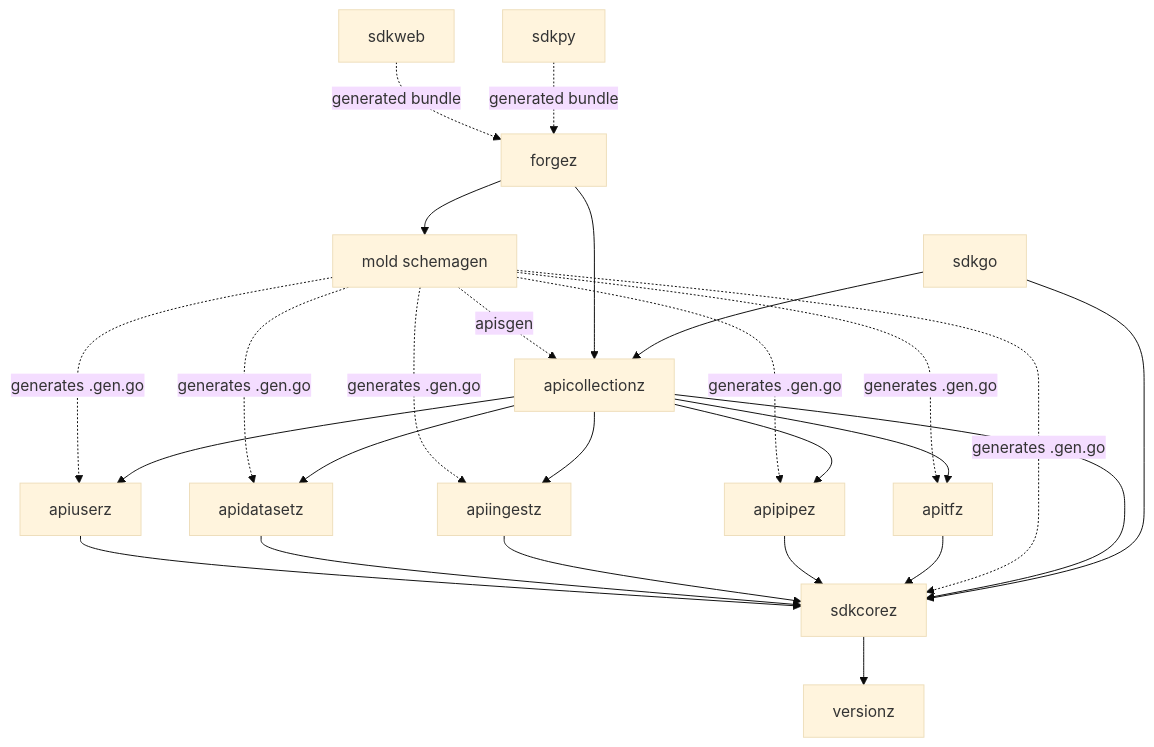
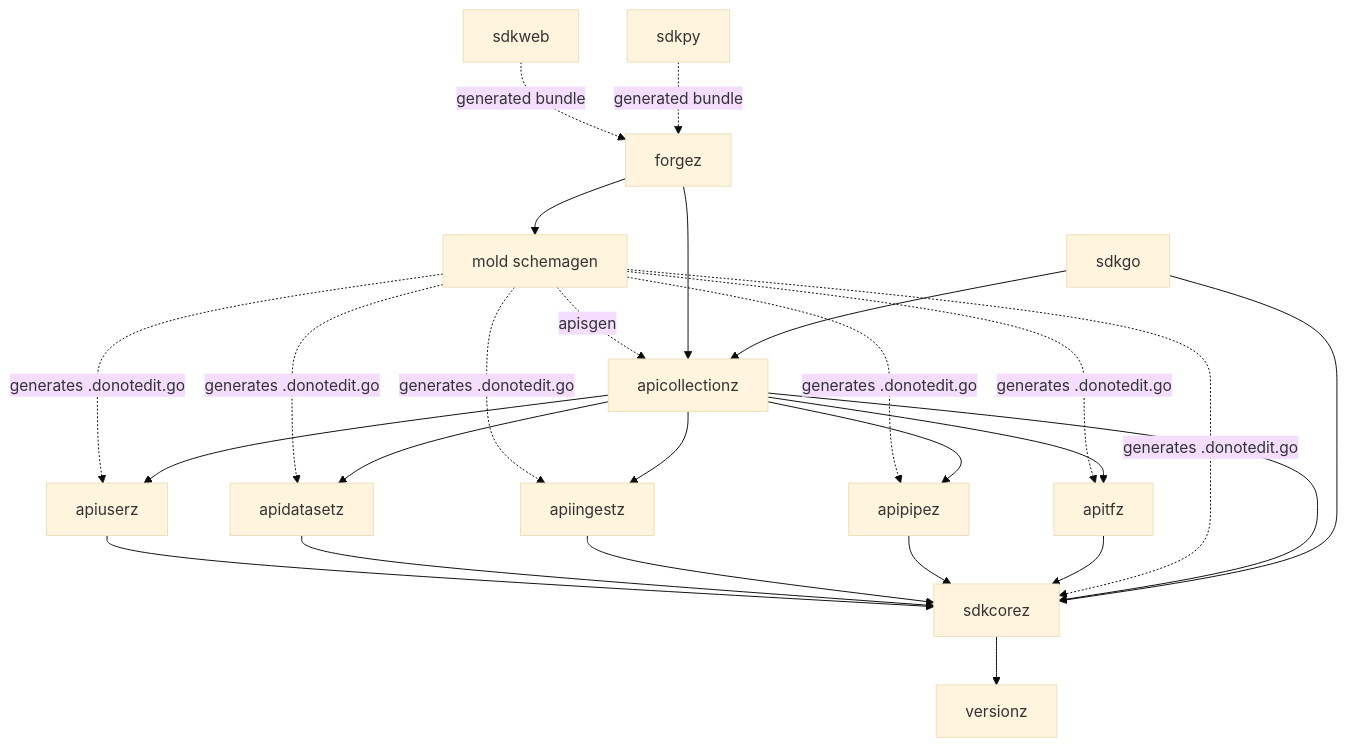
Before and after one commit to infinity6-ai/i6sdk: the diagram in README.md, drawn with Mermaid (base theme). The commit also changed other lines of this file and 73 other files, not shown here.

````diff
--- a/README.md
+++ b/README.md
@@ -31,40 +31,40 @@
 ```mermaid
 graph TD
     Version[versionz]
     Core[sdkcorez] --> Version
 
     %% Service APIs
     User[apiuserz] --> Core
     Dataset[apidatasetz] --> Core
     Ingest[apiingestz] --> Core
     Pipe[apipipez] --> Core
     TF[apitfz] --> Core
 
     %% Schema Generation (mold)
-    Mold[mold schemagen] -. "generates .gen.go" .-> User
-    Mold -. "generates .gen.go" .-> Dataset
-    Mold -. "generates .gen.go" .-> Ingest
-    Mold -. "generates .gen.go" .-> Pipe
-    Mold -. "generates .gen.go" .-> TF
-    Mold -. "generates .gen.go" .-> Core
+    Mold[mold schemagen] -. "generates .donotedit.go" .-> User
+    Mold -. "generates .donotedit.go" .-> Dataset
+    Mold -. "generates .donotedit.go" .-> Ingest
+    Mold -. "generates .donotedit.go" .-> Pipe
+    Mold -. "generates .donotedit.go" .-> TF
+    Mold -. "generates .donotedit.go" .-> Core
 
     %% Catalog Collection
     Collection[apicollectionz] --> User
     Collection --> Dataset
     Collection --> Ingest
     Collection --> Pipe
     Collection --> TF
     Collection --> Core
     Mold -. "apisgen" .-> Collection
 
     %% Generators & Tooling
     Forge[forgez] --> Collection
     Forge --> Mold
 
     %% Client SDKs
     GoSDK[sdkgo] --> Collection
     GoSDK --> Core
 
     WebSDK[sdkweb] -. "generated bundle" .-> Forge
     PySDK[sdkpy] -. "generated bundle" .-> Forge
 ```
````
